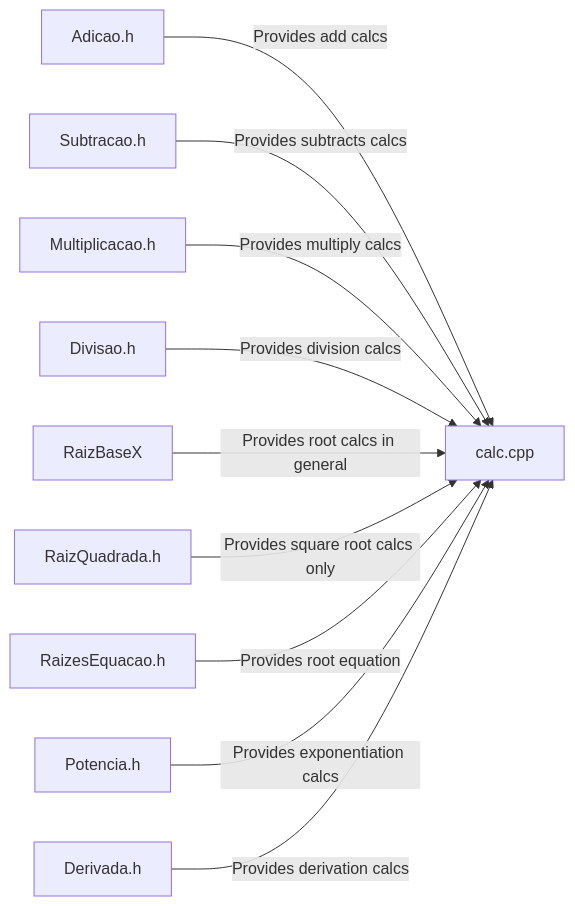
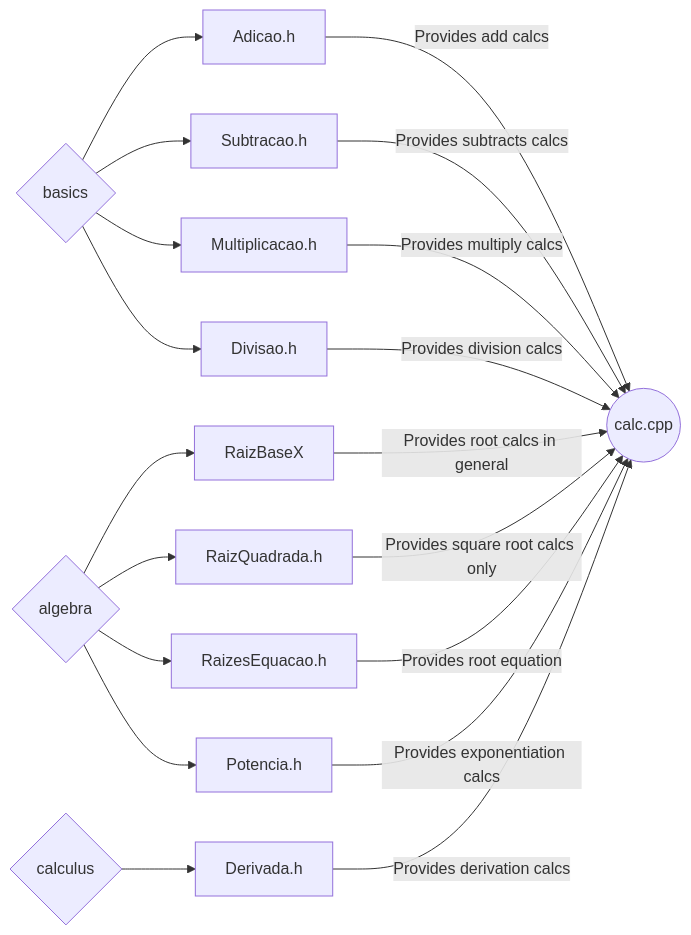
One commit to higorslva/calcpp_cli changed the diagram in README.md. Above: the diagram before and after it, drawn with Mermaid.

````diff
--- a/README.md
+++ b/README.md
@@ -57,12 +57,12 @@
 ```mermaid
 graph LR
-A[Adicao.h] -- Provides add calcs --> Z[calc.cpp]
-B[Subtracao.h] -- Provides subtracts calcs --> Z
-C[Multiplicacao.h] -- Provides multiply calcs --> Z
-D[Divisao.h] -- Provides division calcs --> Z
-E[RaizBaseX] -- Provides root calcs in general --> Z
-F[RaizQuadrada.h] -- Provides square root calcs only --> Z
-G[RaizesEquacao.h] -- Provides root equation --> Z
-H[Potencia.h] -- Provides exponentiation calcs --> Z
-I[Derivada.h] -- Provides derivation calcs --> Z
+1{basics} --> A[Adicao.h] -- Provides add calcs --> Z((calc.cpp))
+1 --> B[Subtracao.h] -- Provides subtracts calcs --> Z
+1 --> C[Multiplicacao.h] -- Provides multiply calcs --> Z
+1 --> D[Divisao.h] -- Provides division calcs --> Z
+2{algebra} --> E[RaizBaseX] -- Provides root calcs in general --> Z
+2 --> F[RaizQuadrada.h] -- Provides square root calcs only --> Z
+2 --> G[RaizesEquacao.h] -- Provides root equation --> Z
+2 --> H[Potencia.h] -- Provides exponentiation calcs --> Z
+3{calculus} --> I[Derivada.h] -- Provides derivation calcs --> Z
 ```
````
